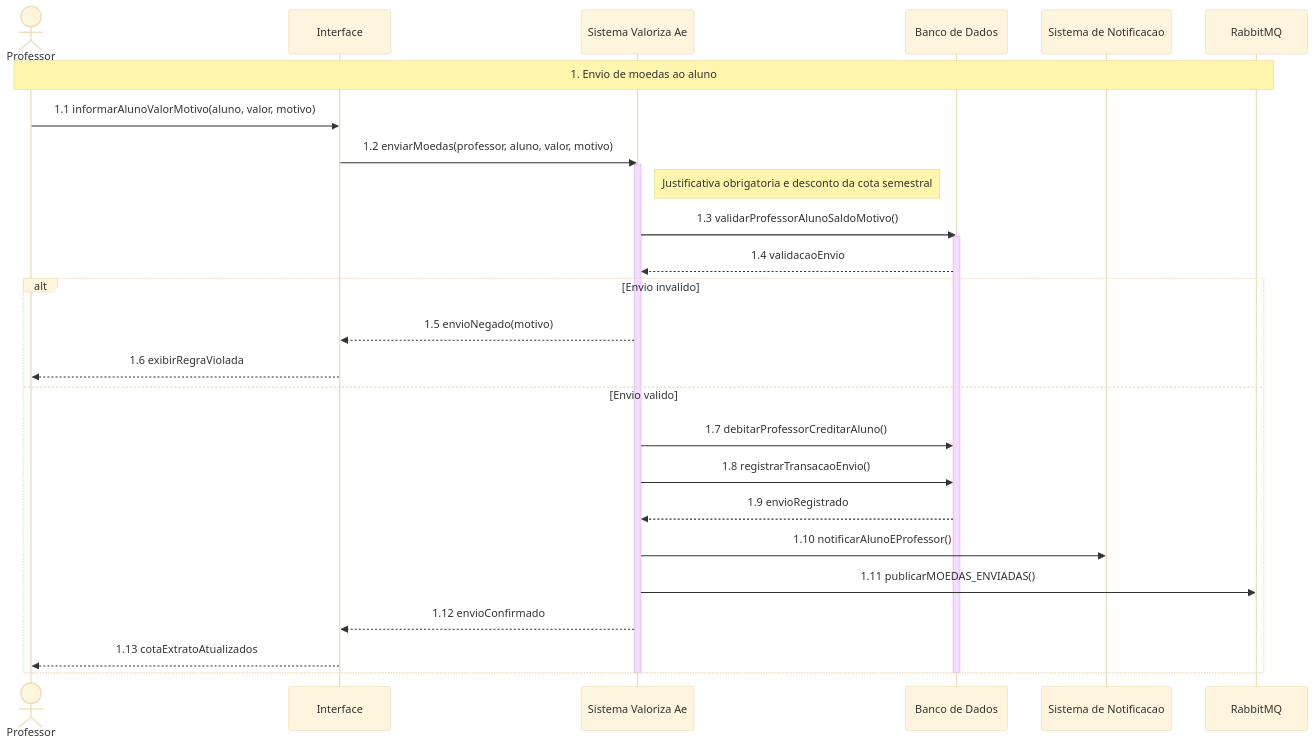
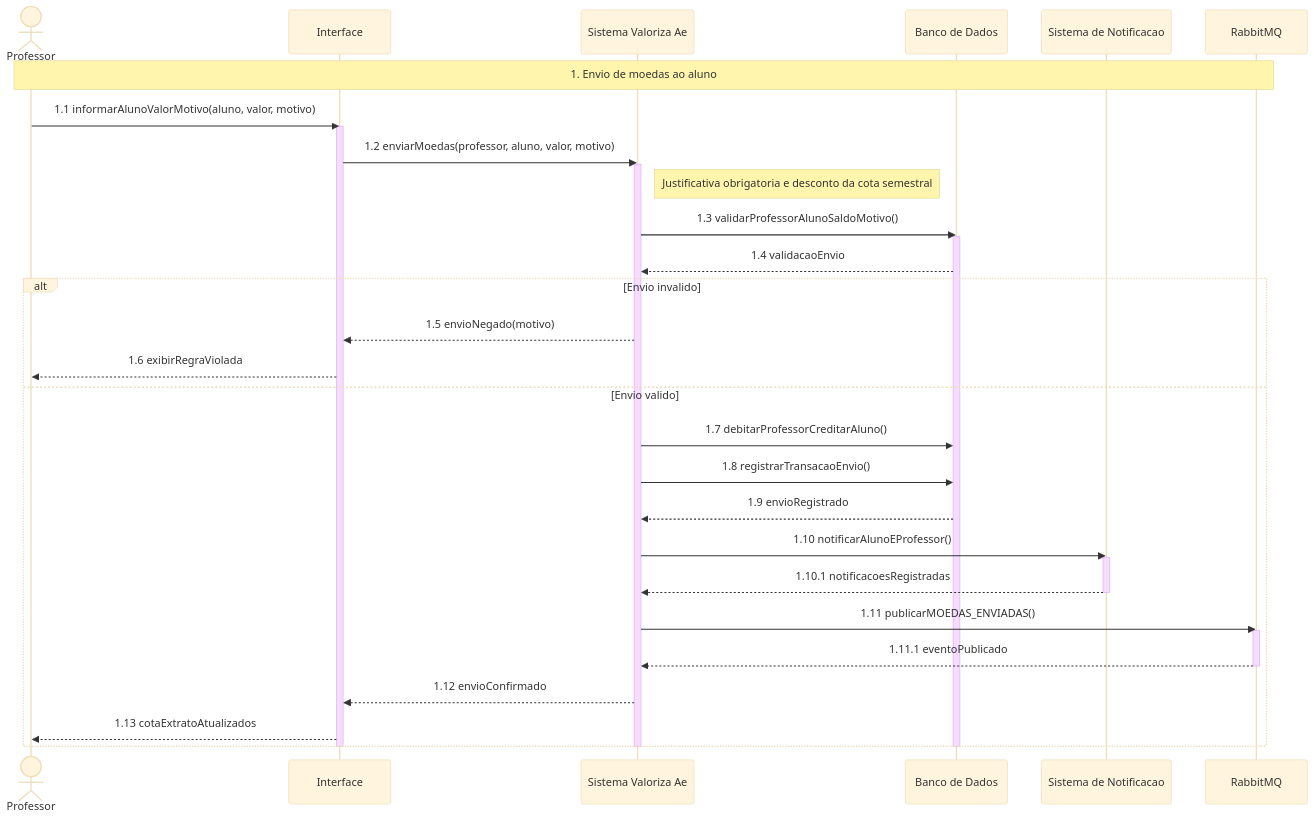
The diagram in Artefatos/DiagramaDeSequencia/DiagramaDeSequencia-RF-05-envio-moedas.md (Pedroh26ES/Sistema-De-Moedas-Java), drawn with Mermaid (base theme) before and after one commit. The commit also changed 17 other files, not shown here.

````diff
--- a/Artefatos/DiagramaDeSequencia/DiagramaDeSequencia-RF-05-envio-moedas.md
+++ b/Artefatos/DiagramaDeSequencia/DiagramaDeSequencia-RF-05-envio-moedas.md
@@ -9,32 +9,40 @@
 ```mermaid
 sequenceDiagram
     actor Professor
     participant Interface
     participant Sistema as Sistema Valoriza Ae
     participant DB as Banco de Dados
     participant Notificacao as Sistema de Notificacao
     participant Fila as RabbitMQ
 
     Note over Professor,Fila: 1. Envio de moedas ao aluno
     Professor->>Interface: 1.1 informarAlunoValorMotivo(aluno, valor, motivo)
+    activate Interface
     Interface->>Sistema: 1.2 enviarMoedas(professor, aluno, valor, motivo)
     activate Sistema
     Note right of Sistema: Justificativa obrigatoria e desconto da cota semestral
     Sistema->>DB: 1.3 validarProfessorAlunoSaldoMotivo()
     activate DB
     DB-->>Sistema: 1.4 validacaoEnvio
     alt Envio invalido
         Sistema-->>Interface: 1.5 envioNegado(motivo)
         Interface-->>Professor: 1.6 exibirRegraViolada
     else Envio valido
         Sistema->>DB: 1.7 debitarProfessorCreditarAluno()
         Sistema->>DB: 1.8 registrarTransacaoEnvio()
         DB-->>Sistema: 1.9 envioRegistrado
         Sistema->>Notificacao: 1.10 notificarAlunoEProfessor()
+        activate Notificacao
+        Notificacao-->>Sistema: 1.10.1 notificacoesRegistradas
+        deactivate Notificacao
         Sistema->>Fila: 1.11 publicarMOEDAS_ENVIADAS()
+        activate Fila
+        Fila-->>Sistema: 1.11.1 eventoPublicado
+        deactivate Fila
         Sistema-->>Interface: 1.12 envioConfirmado
         Interface-->>Professor: 1.13 cotaExtratoAtualizados
     end
     deactivate DB
     deactivate Sistema
+    deactivate Interface
 ```
````
